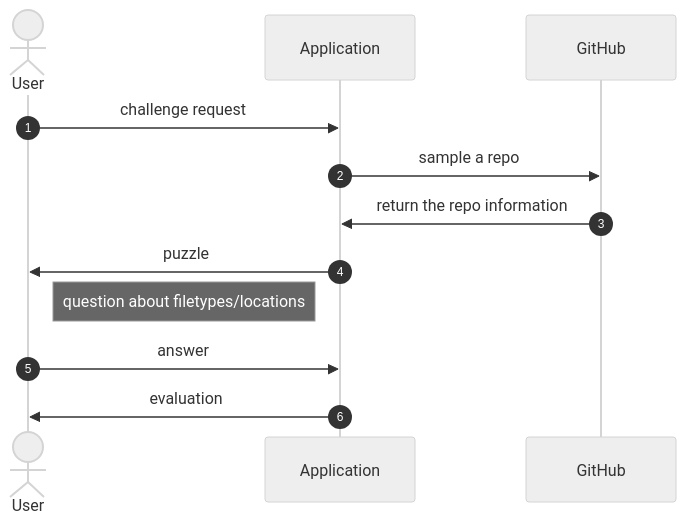
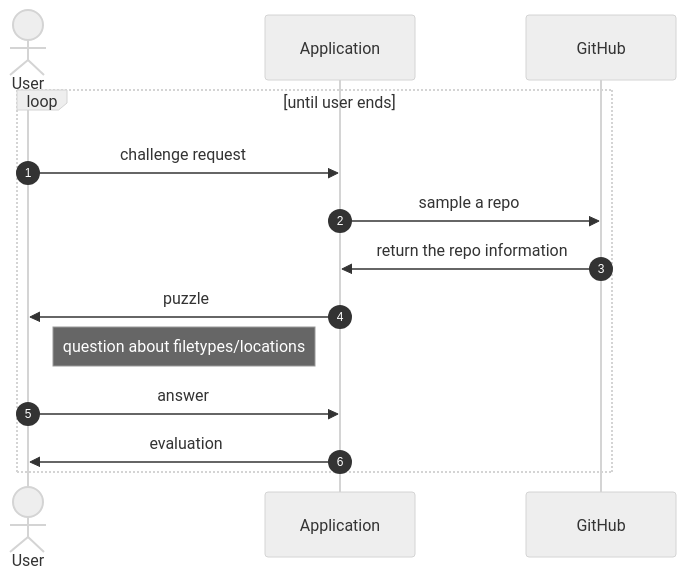
One commit to maciejskorski/software_engineering changed the second of 2 diagrams in docs/uml_modelling.md. Above: the diagram before and after it, drawn with Mermaid (neutral theme). The commit also changed other lines of this file, not shown here.

Commit message:
update uml models

````diff
--- a/docs/uml_modelling.md
+++ b/docs/uml_modelling.md
@@ -36,16 +38,18 @@
 ```mermaid
 sequenceDiagram
     autonumber
 
     actor user as User
     participant app as Application
     participant github as GitHub
 
-    user ->> app: challenge request
-    app ->> github: sample a repo
-    github ->> app: return the repo information
-    app ->> user: puzzle
-    note left of app: question about filetypes/locations
-    user ->> app: answer
-    app ->> user: evaluation
+    loop until user ends
+        user ->> app: challenge request
+        app ->> github: sample a repo
+        github ->> app: return the repo information
+        app ->> user: puzzle
+        note left of app: question about filetypes/locations
+        user ->> app: answer
+        app ->> user: evaluation
+    end
 ```
````
